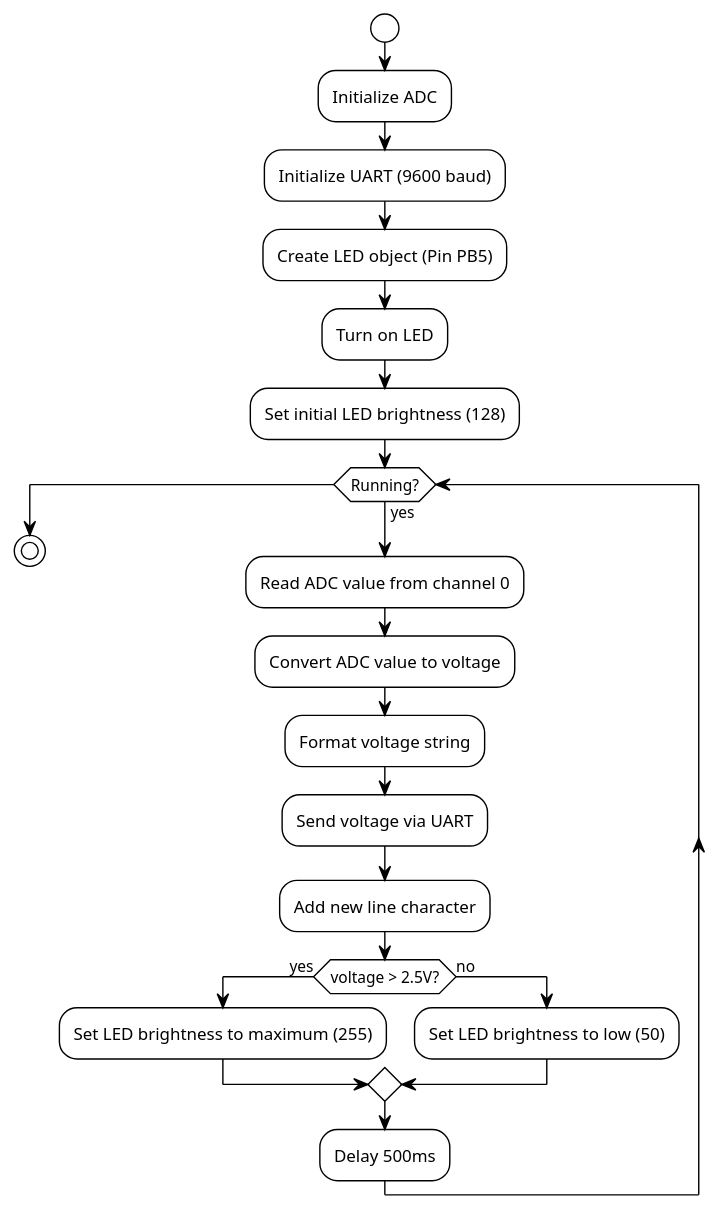
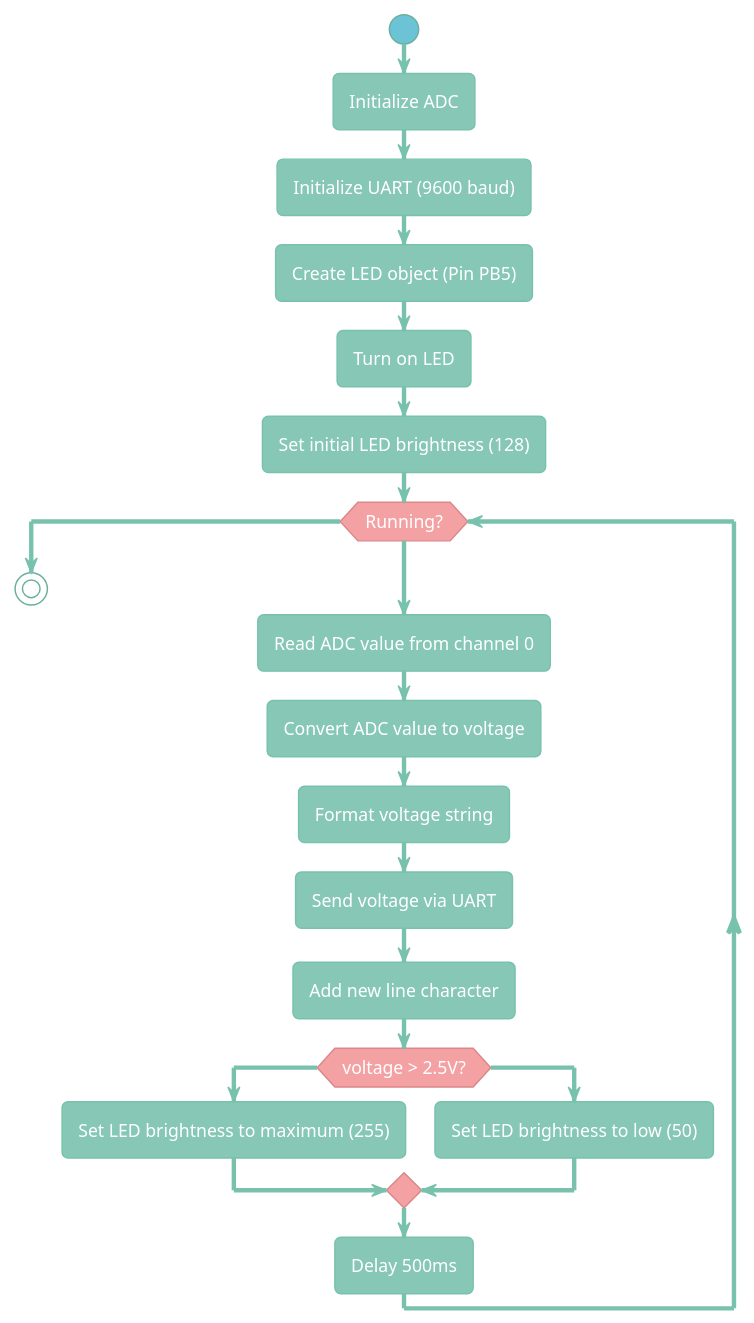
The diagram in docs/flowchart.puml (CarlosSilva-git/TP1), drawn with PlantUML before and after one commit. The commit also changed 4 other files, not shown here.

```diff
--- a/docs/flowchart.puml
+++ b/docs/flowchart.puml
@@ -1,33 +1,32 @@
 @startuml Program Flow
 
-!theme plain
+!theme minty
 skinparam backgroundColor white
 
 start
 
 :Initialize ADC;
 :Initialize UART (9600 baud);
 :Create LED object (Pin PB5);
 :Turn on LED;
 :Set initial LED brightness (128);
 
-while (Running?) is (yes)
+while (Running?) is (Yes)
     :Read ADC value from channel 0;
     :Convert ADC value to voltage;
     :Format voltage string;
     
     :Send voltage via UART;
     :Add new line character;
     
     if (voltage > 2.5V?) then (yes)
         :Set LED brightness to maximum (255);
     else (no)
         :Set LED brightness to low (50);
-    endif
-    
+    endif 
     :Delay 500ms;
-endwhile
+endwhile (No)
 
 stop
 
 @enduml
```
